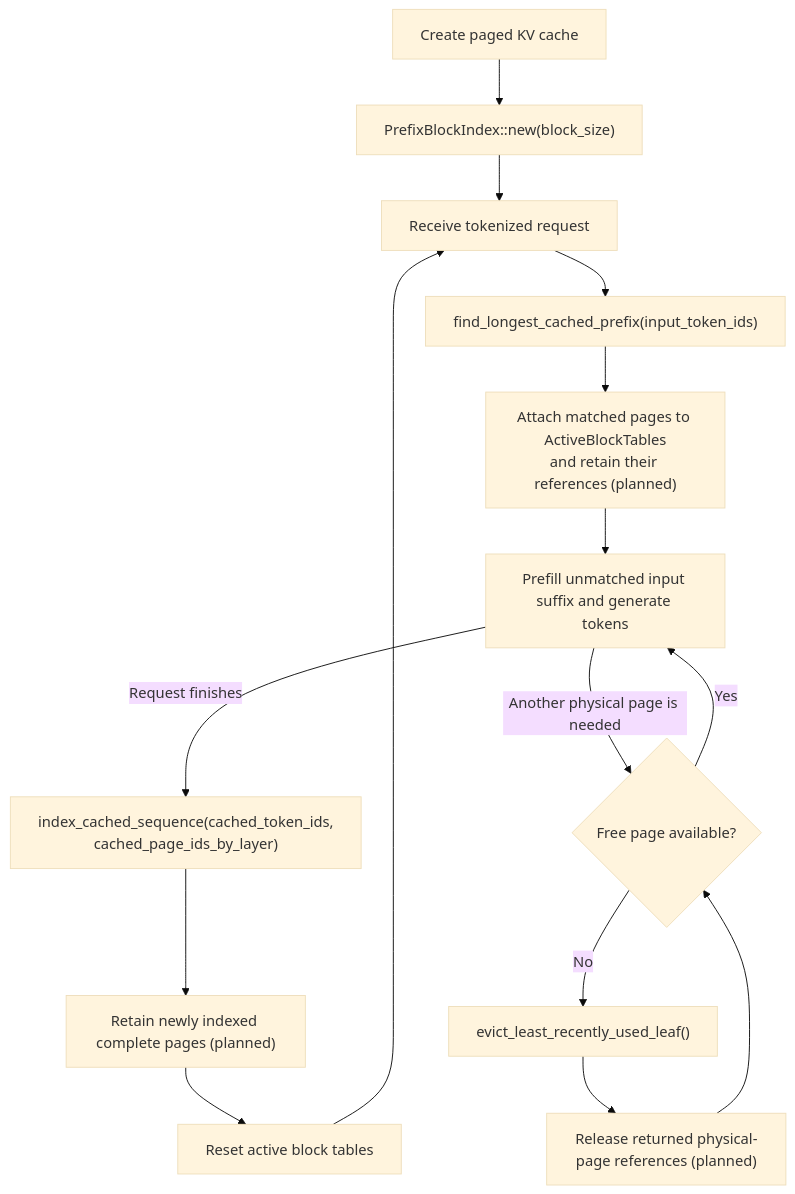
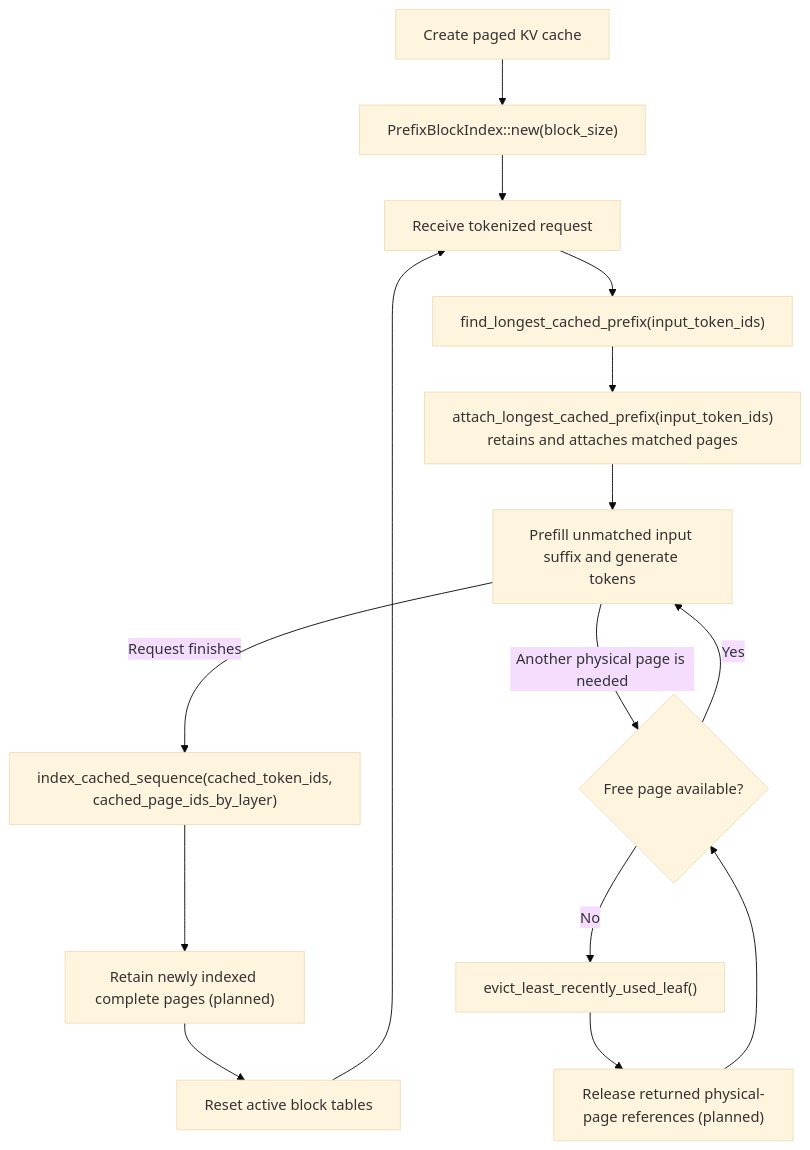
One commit to lun0522/mini-vllm-rs changed the diagram in src/model_runner/server/kv_cache/README.md. Above: the diagram before and after it, drawn with Mermaid (base theme). The commit also changed other lines of this file and 1 other file, not shown here.

First line of the commit message:
Refactor: Add active-prefix attachment primitives

````diff
--- a/src/model_runner/server/kv_cache/README.md
+++ b/src/model_runner/server/kv_cache/README.md
@@ -29,17 +29,17 @@
 ```mermaid
 flowchart TD
     Start[Create paged KV cache] --> New["PrefixBlockIndex::new(block_size)"]
     New --> Request[Receive tokenized request]
     Request --> Find["find_longest_cached_prefix(input_token_ids)"]
-    Find --> Attach["Attach matched pages to ActiveBlockTables<br/>and retain their references (planned)"]
+    Find --> Attach["attach_longest_cached_prefix(input_token_ids)<br/>retains and attaches matched pages"]
     Attach --> Work[Prefill unmatched input suffix and generate tokens]
     Work -->|Request finishes| Index["index_cached_sequence(cached_token_ids,<br/>cached_page_ids_by_layer)"]
     Work -->|Another physical page is needed| Available{Free page available?}
     Available -->|Yes| Work
     Available -->|No| Evict["evict_least_recently_used_leaf()"]
     Evict --> Release["Release returned physical-page references (planned)"]
     Release --> Available
     Index --> Retain["Retain newly indexed complete pages (planned)"]
     Retain --> Reset[Reset active block tables]
     Reset --> Request
 ```
````
